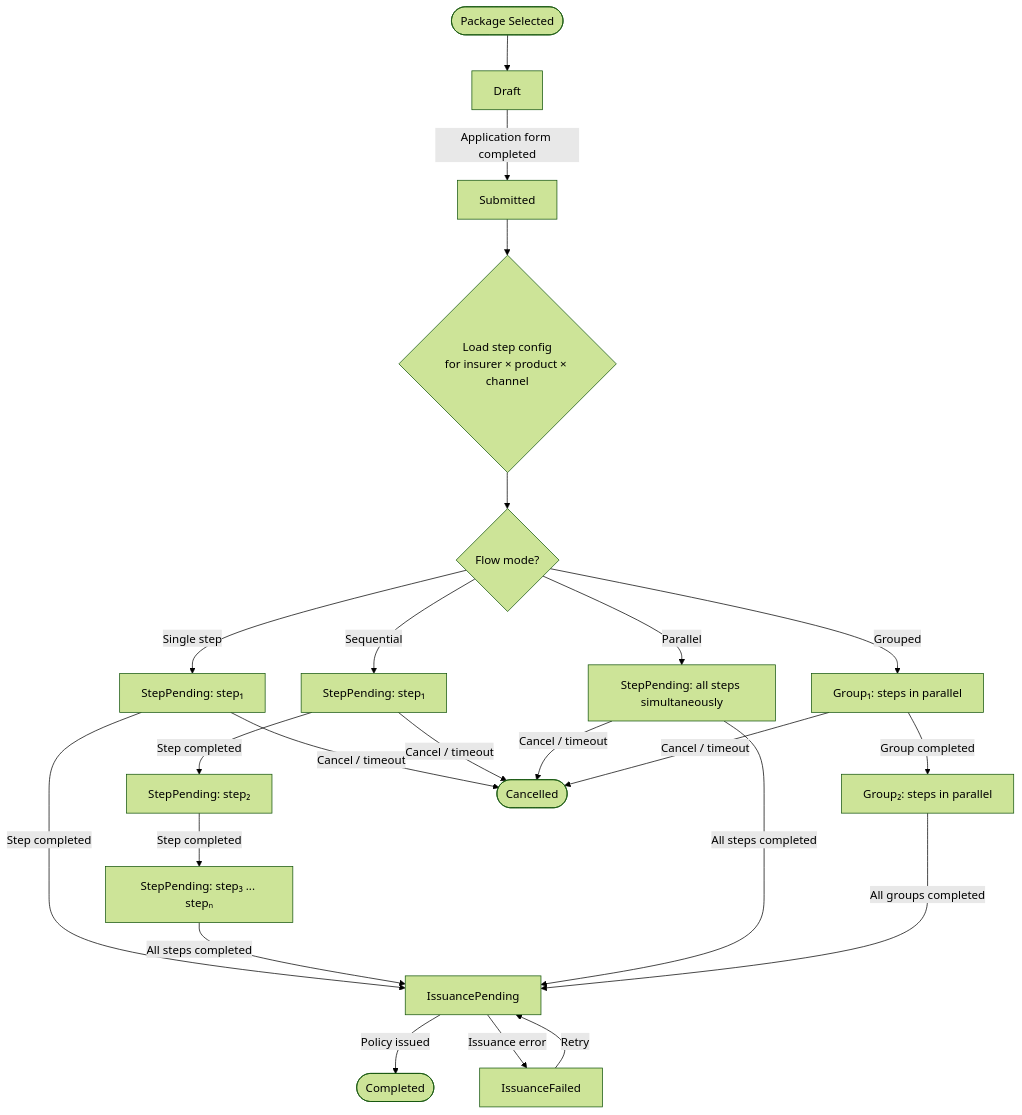
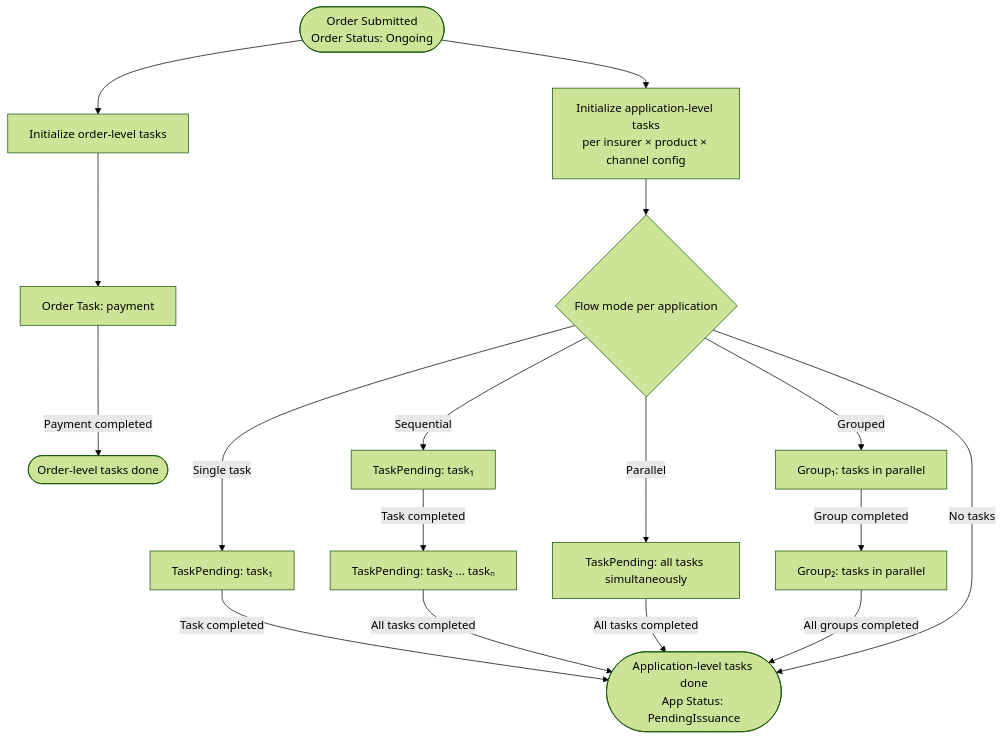
The third of 4 diagrams in product/insurance/onepiece/capabilities/application-management/CAPABILITY.md (chanatan-sri/TurboProduct), drawn with Mermaid (forest theme) before and after one commit. The commit also changed other lines of this file and 7 other files, not shown here.

````diff
--- a/product/insurance/onepiece/capabilities/application-management/CAPABILITY.md
+++ b/product/insurance/onepiece/capabilities/application-management/CAPABILITY.md
@@ -80,32 +178,28 @@
 ```mermaid
 flowchart TD
-    A([Package Selected]) --> B[Draft]
-    B -->|Application form completed| C[Submitted]
-    C --> D{Load step config<br/>for insurer × product × channel}
+    A([Order Submitted<br/>Order Status: Ongoing]) --> B[Initialize order-level tasks]
+    A --> C[Initialize application-level tasks<br/>per insurer × product × channel config]
 
-    D --> E{Flow mode?}
+    B --> B1[Order Task: payment]
+    B1 -->|Payment completed| B2([Order-level tasks done])
 
-    E -->|Single step| F1[StepPending: step₁]
-    F1 -->|Step completed| J
+    C --> D{Flow mode per application}
 
-    E -->|Sequential| G1[StepPending: step₁]
-    G1 -->|Step completed| G2[StepPending: step₂]
-    G2 -->|Step completed| G3[StepPending: step₃ ... stepₙ]
-    G3 -->|All steps completed| J
+    D -->|Single task| F1[TaskPending: task₁]
+    F1 -->|Task completed| J
 
-    E -->|Parallel| H1[StepPending: all steps simultaneously]
-    H1 -->|All steps completed| J
+    D -->|Sequential| G1[TaskPending: task₁]
+    G1 -->|Task completed| G2[TaskPending: task₂ ... taskₙ]
+    G2 -->|All tasks completed| J
 
-    E -->|Grouped| I1[Group₁: steps in parallel]
-    I1 -->|Group completed| I2[Group₂: steps in parallel]
+    D -->|Parallel| H1[TaskPending: all tasks simultaneously]
+    H1 -->|All tasks completed| J
+
+    D -->|Grouped| I1[Group₁: tasks in parallel]
+    I1 -->|Group completed| I2[Group₂: tasks in parallel]
     I2 -->|All groups completed| J
 
-    J[IssuancePending] -->|Policy issued| K([Completed])
-    J -->|Issuance error| L[IssuanceFailed]
-    L -->|Retry| J
+    D -->|No tasks| J
 
-    F1 -->|Cancel / timeout| M([Cancelled])
-    G1 -->|Cancel / timeout| M
-    H1 -->|Cancel / timeout| M
-    I1 -->|Cancel / timeout| M
+    J([Application-level tasks done<br/>App Status: PendingIssuance])
 ```
````
